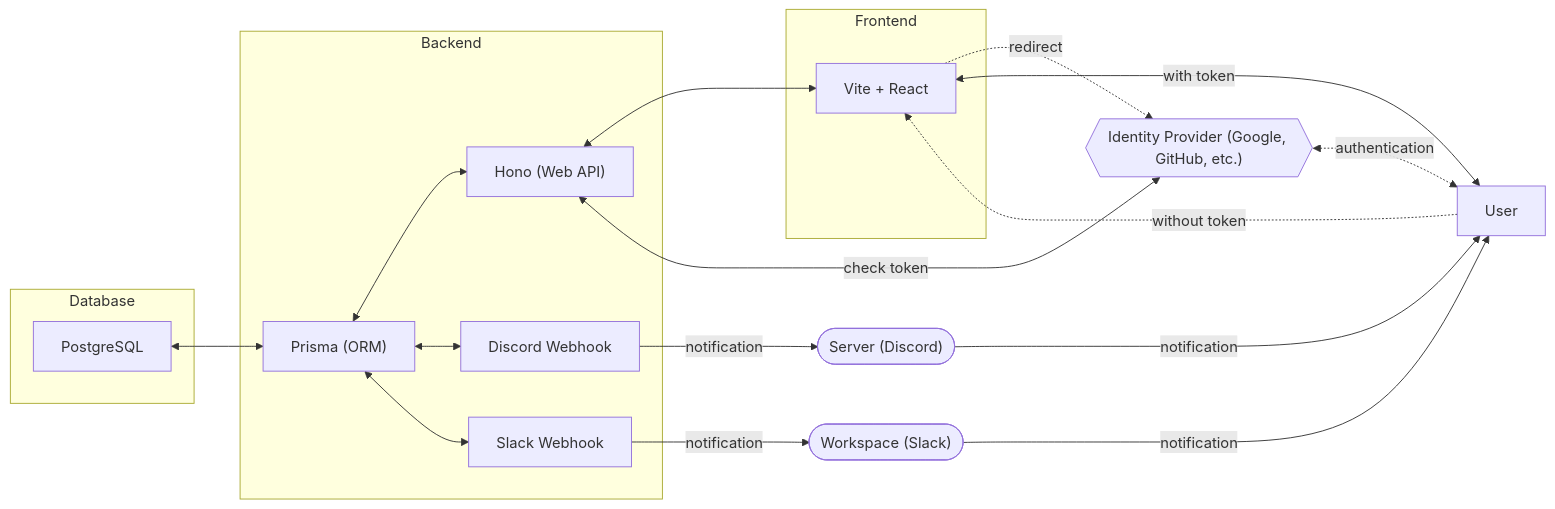
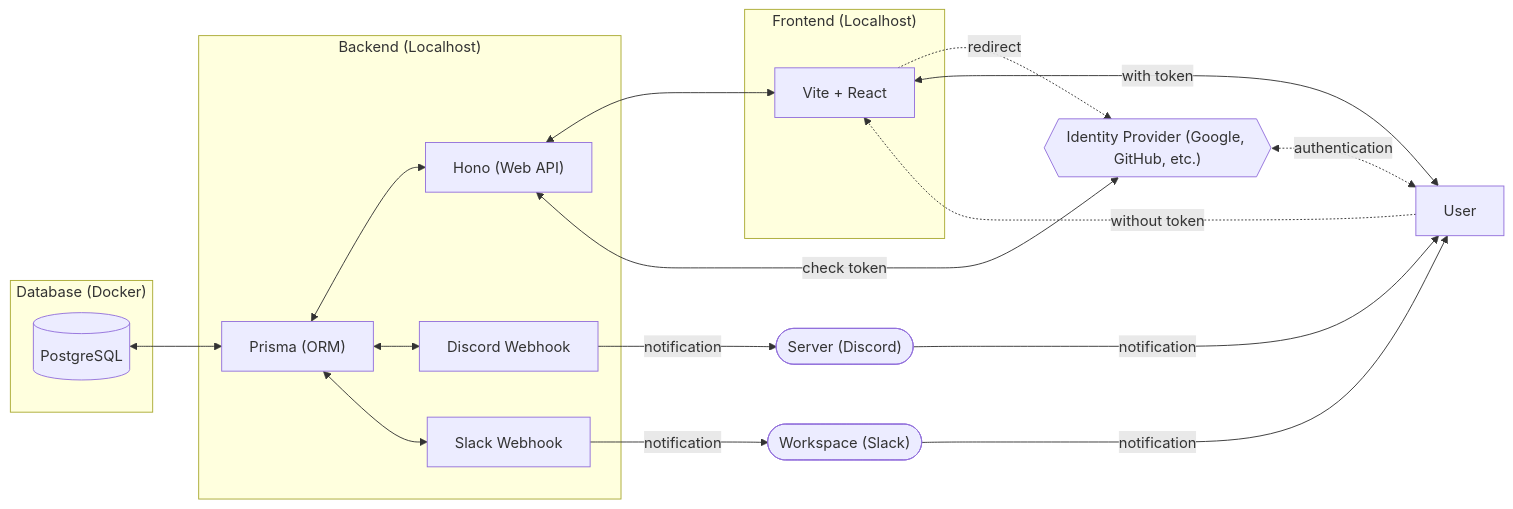
Before and after one commit to Myxogastria0808/debt-manager: the first of 3 diagrams in README.md, drawn with Mermaid. The commit also changed other lines of this file, not shown here.

````diff
--- a/README.md
+++ b/README.md
@@ -89,25 +89,25 @@
 ```mermaid
 graph LR;
-    subgraph Database
-    db["PostgreSQL"]
+    subgraph "Database (Docker)"
+        db[("PostgreSQL")]
     end
-    db["PostgreSQL"] <--> prisma["Prisma (ORM)"]
-    subgraph Backend
+    db[("PostgreSQL")] <--> prisma["Prisma (ORM)"]
+    subgraph "Backend (Localhost)"
         prisma["Prisma (ORM)"] <--> hono["Hono (Web API)"]
         prisma["Prisma (ORM)"] <--> discord["Discord Webhook"]
         prisma["Prisma (ORM)"] <--> slack["Slack Webhook"]
     end
     hono["Hono (Web API)"] <--> frontend["Vite + React"]
-    subgraph Frontend
+    subgraph "Frontend (Localhost)"
         frontend["Vite + React"]
     end
     idp{{"Identity Provider (Google, GitHub, etc.)"}} <-.authentication.-> user["User"]
     idp{{"Identity Provider (Google, GitHub, etc.)"}} <--check token--> hono["Hono (Web API)"]
     frontend["Vite + React"] -.redirect.-> idp{{"Identity Provider (Google, GitHub, etc.)"}}
     user["User"] <--with token--> frontend["Vite + React"]
     user["User"] -.without token.-> frontend["Vite + React"]
     discord["Discord Webhook"] --notification--> server(["Server (Discord)"])
     slack["Slack Webhook"] --notification--> workspace(["Workspace (Slack)"])
     server(["Server (Discord)"]) --notification--> user["User"]
     workspace(["Workspace (Slack)"]) --notification--> user["User"]
 ```
````
